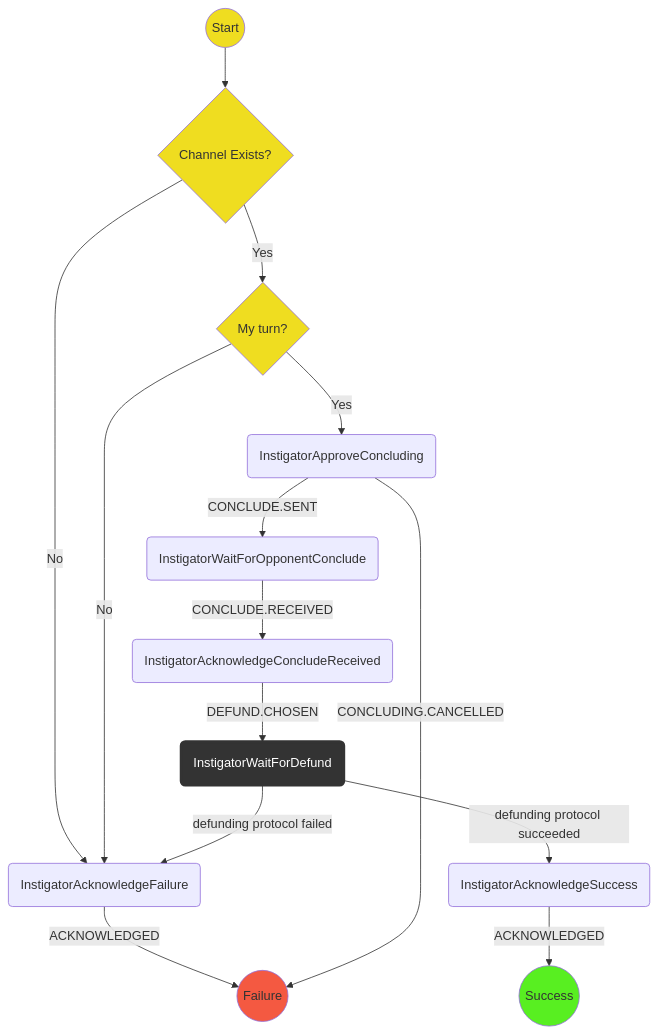
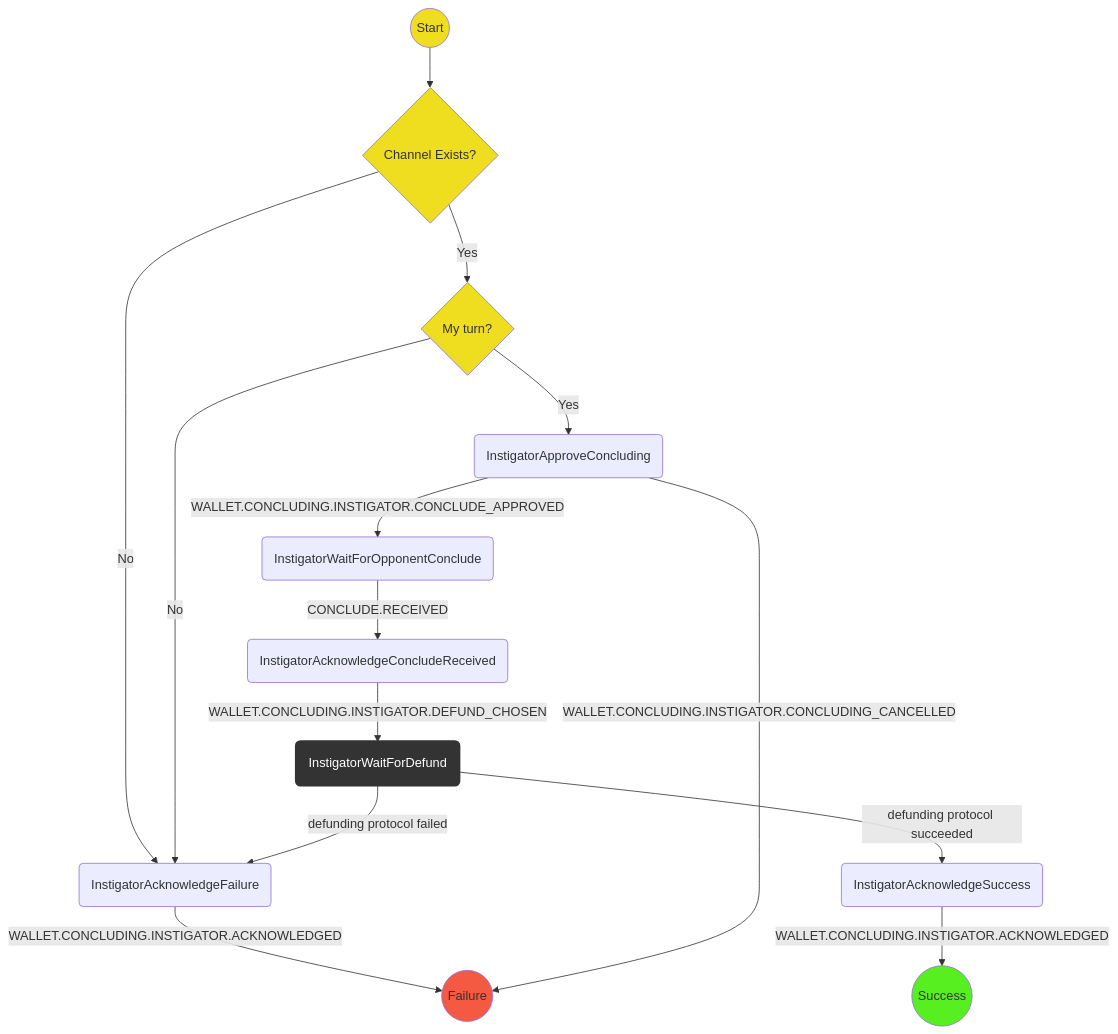
One commit to statechannels/statechannels changed the diagram in packages/rps/packages/wallet/src/redux/protocols/concluding/instigator/readme.md. Above: the diagram before and after it, drawn with Mermaid. The commit also changed 158 other files, not shown here.

````diff
--- a/packages/rps/packages/wallet/src/redux/protocols/concluding/instigator/readme.md
+++ b/packages/rps/packages/wallet/src/redux/protocols/concluding/instigator/readme.md
@@ -21,25 +21,25 @@
 ```mermaid
 graph TD
 linkStyle default interpolate basis
   S((Start)) --> E{Channel Exists?}
   E --> |No| AF(InstigatorAcknowledgeFailure)
-  AF -->|ACKNOWLEDGED| F((Failure))
+  AF -->|WALLET.CONCLUDING.INSTIGATOR.ACKNOWLEDGED| F((Failure))
   E --> |Yes| MT{My turn?}
   MT  --> |Yes| CC(InstigatorApproveConcluding)
   MT  --> |No| AF(InstigatorAcknowledgeFailure)
-  CC  --> |CONCLUDING.CANCELLED| F
-  CC  --> |CONCLUDE.SENT| WOC(InstigatorWaitForOpponentConclude)
+  CC  --> |WALLET.CONCLUDING.INSTIGATOR.CONCLUDING_CANCELLED| F
+  CC  --> |WALLET.CONCLUDING.INSTIGATOR.CONCLUDE_APPROVED| WOC(InstigatorWaitForOpponentConclude)
   WOC --> |CONCLUDE.RECEIVED| ACR(InstigatorAcknowledgeConcludeReceived)
-  ACR --> |DEFUND.CHOSEN| D(InstigatorWaitForDefund)
+  ACR --> |WALLET.CONCLUDING.INSTIGATOR.DEFUND_CHOSEN| D(InstigatorWaitForDefund)
   D   --> |defunding protocol succeeded| AS(InstigatorAcknowledgeSuccess)
-  AS -->  |ACKNOWLEDGED| SS((Success))
+  AS -->  |WALLET.CONCLUDING.INSTIGATOR.ACKNOWLEDGED| SS((Success))
   D   --> |defunding protocol failed| AF(InstigatorAcknowledgeFailure)
   classDef logic fill:#efdd20;
   classDef Success fill:#58ef21;
   classDef Failure fill:#f45941;
   classDef WaitForChildProtocol stroke:#333,stroke-width:4px,color:#ffff,fill:#333;
   class S,E,MT logic;
   class SS Success;
   class F Failure;
   class D WaitForChildProtocol;
 ```
````
